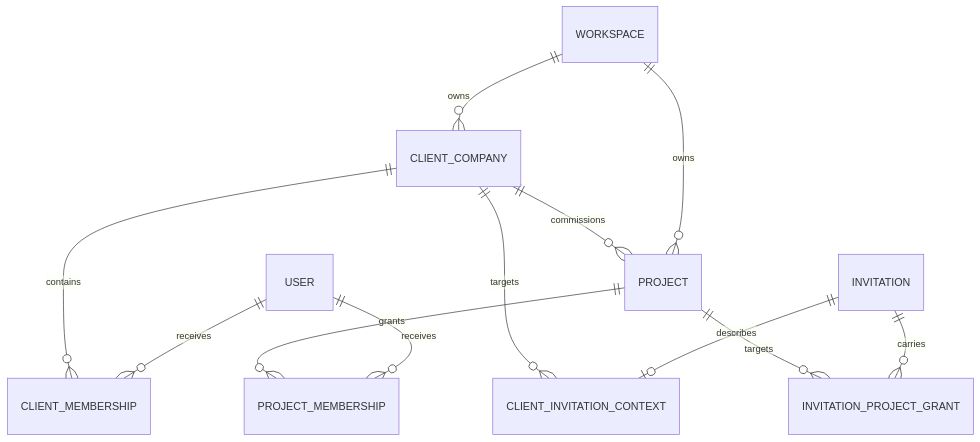
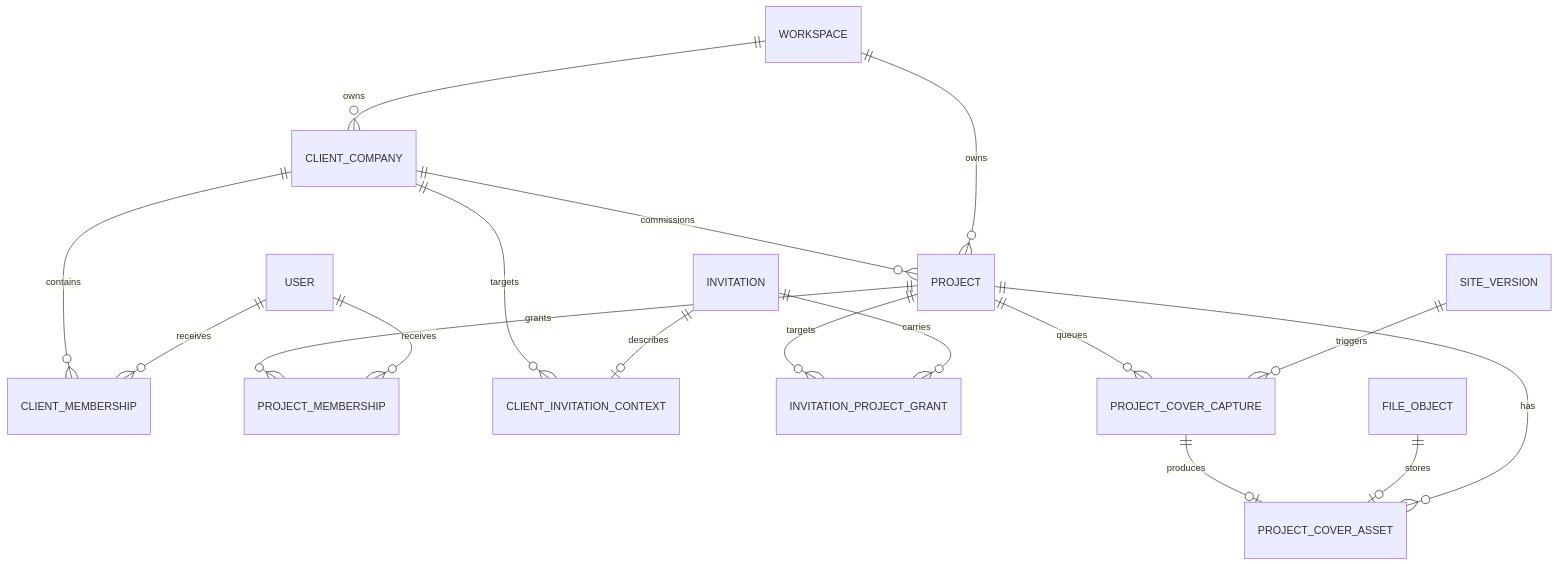
Before and after one commit to Garun-mp4/client-delivery-platform: the diagram in docs/CLIENTS_AND_PROJECTS.md, drawn with Mermaid. The commit also changed other lines of this file and 19 other files, not shown here.

````diff
--- a/docs/CLIENTS_AND_PROJECTS.md
+++ b/docs/CLIENTS_AND_PROJECTS.md
@@ -47,14 +51,19 @@
 ```mermaid
 erDiagram
   WORKSPACE ||--o{ CLIENT_COMPANY : owns
   WORKSPACE ||--o{ PROJECT : owns
   CLIENT_COMPANY ||--o{ PROJECT : commissions
   USER ||--o{ CLIENT_MEMBERSHIP : receives
   CLIENT_COMPANY ||--o{ CLIENT_MEMBERSHIP : contains
   USER ||--o{ PROJECT_MEMBERSHIP : receives
   PROJECT ||--o{ PROJECT_MEMBERSHIP : grants
   INVITATION ||--o| CLIENT_INVITATION_CONTEXT : describes
   CLIENT_COMPANY ||--o{ CLIENT_INVITATION_CONTEXT : targets
   INVITATION ||--o{ INVITATION_PROJECT_GRANT : carries
   PROJECT ||--o{ INVITATION_PROJECT_GRANT : targets
+  PROJECT ||--o{ PROJECT_COVER_ASSET : has
+  FILE_OBJECT ||--o| PROJECT_COVER_ASSET : stores
+  SITE_VERSION ||--o{ PROJECT_COVER_CAPTURE : triggers
+  PROJECT ||--o{ PROJECT_COVER_CAPTURE : queues
+  PROJECT_COVER_CAPTURE ||--o| PROJECT_COVER_ASSET : produces
 ```
````
